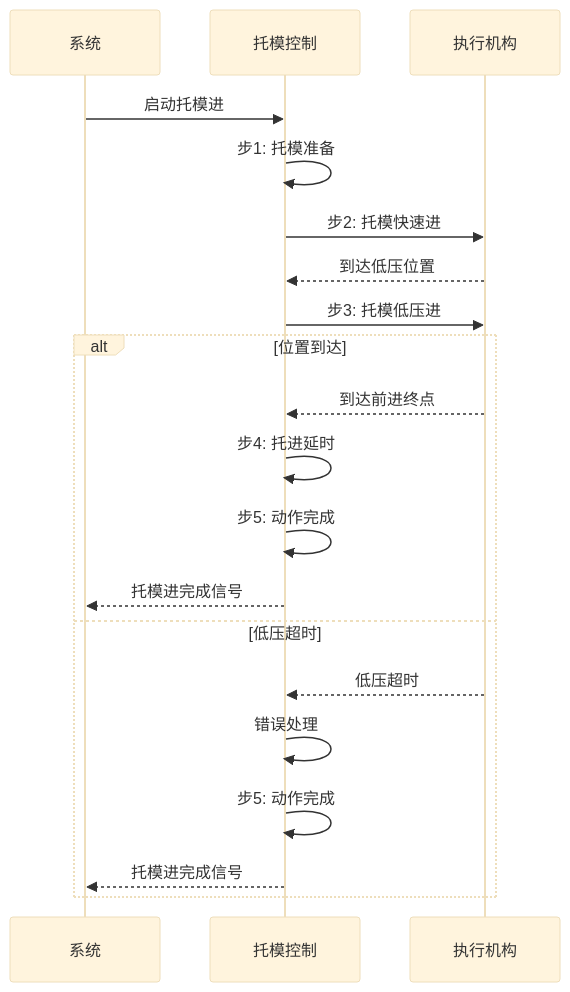
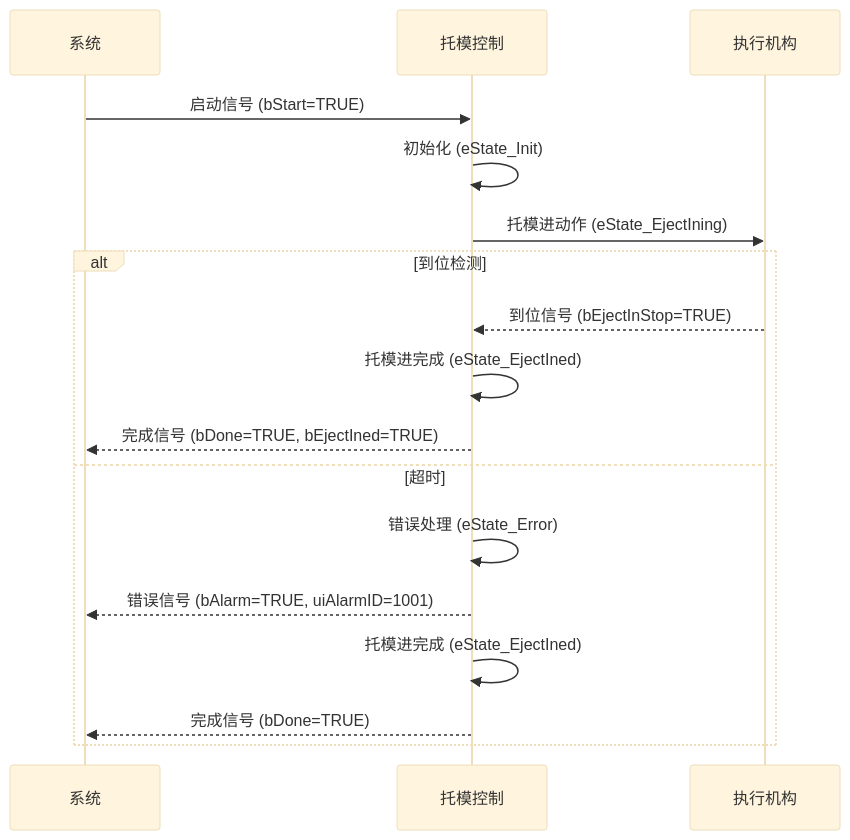
Before and after one commit to Porcheson/inj-machine-docs: the fifth of 7 diagrams in docs/07_托模功能整理.md, drawn with Mermaid (base theme). The commit also changed other lines of this file and 1 other file, not shown here.

Commit message:
优化托模功能文档的Mermaid图表样式，移除classDef定义

````diff
--- a/docs/07_托模功能整理.md
+++ b/docs/07_托模功能整理.md
@@ -154,23 +199,20 @@
 ```mermaid
 sequenceDiagram
     participant 系统
     participant 托模控制
     participant 执行机构
   
-    系统->>托模控制: 启动托模进
-    托模控制->>托模控制: 步1: 托模准备
-    托模控制->>执行机构: 步2: 托模快速进
-    执行机构-->>托模控制: 到达低压位置
-    托模控制->>执行机构: 步3: 托模低压进
-    alt 位置到达
-        执行机构-->>托模控制: 到达前进终点
-        托模控制->>托模控制: 步4: 托进延时
-        托模控制->>托模控制: 步5: 动作完成
-        托模控制-->>系统: 托模进完成信号
-    else 低压超时
-        执行机构-->>托模控制: 低压超时
-        托模控制->>托模控制: 错误处理
-        托模控制->>托模控制: 步5: 动作完成
-        托模控制-->>系统: 托模进完成信号
+    系统->>托模控制: 启动信号 (bStart=TRUE)
+    托模控制->>托模控制: 初始化 (eState_Init)
+    托模控制->>执行机构: 托模进动作 (eState_EjectIning)
+    alt 到位检测
+        执行机构-->>托模控制: 到位信号 (bEjectInStop=TRUE)
+        托模控制->>托模控制: 托模进完成 (eState_EjectIned)
+        托模控制-->>系统: 完成信号 (bDone=TRUE, bEjectIned=TRUE)
+    else 超时
+        托模控制->>托模控制: 错误处理 (eState_Error)
+        托模控制-->>系统: 错误信号 (bAlarm=TRUE, uiAlarmID=1001)
+        托模控制->>托模控制: 托模进完成 (eState_EjectIned)
+        托模控制-->>系统: 完成信号 (bDone=TRUE)
     end
 ```
````
